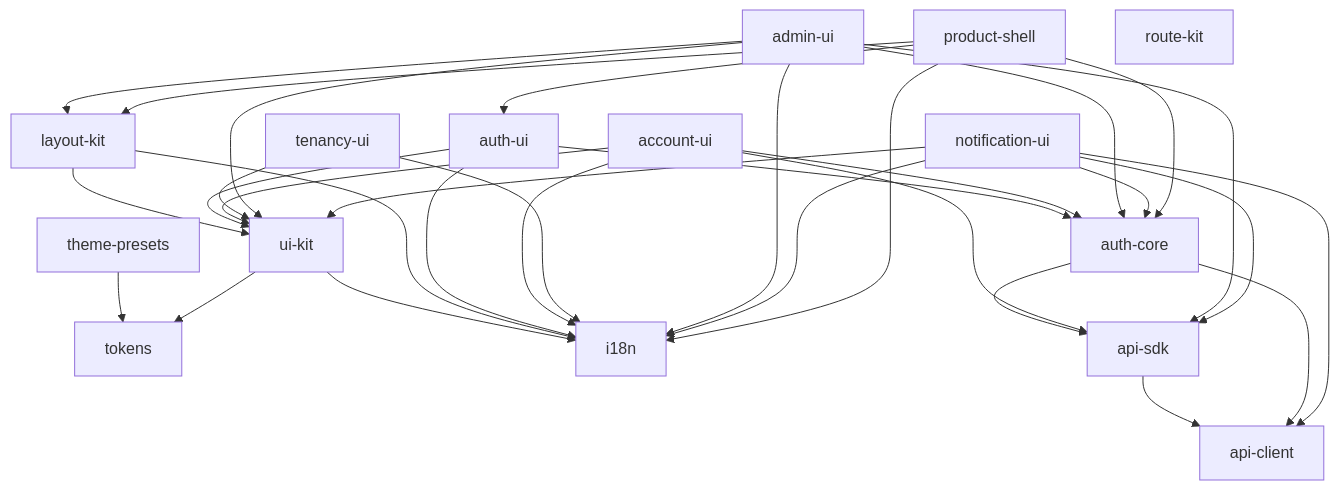
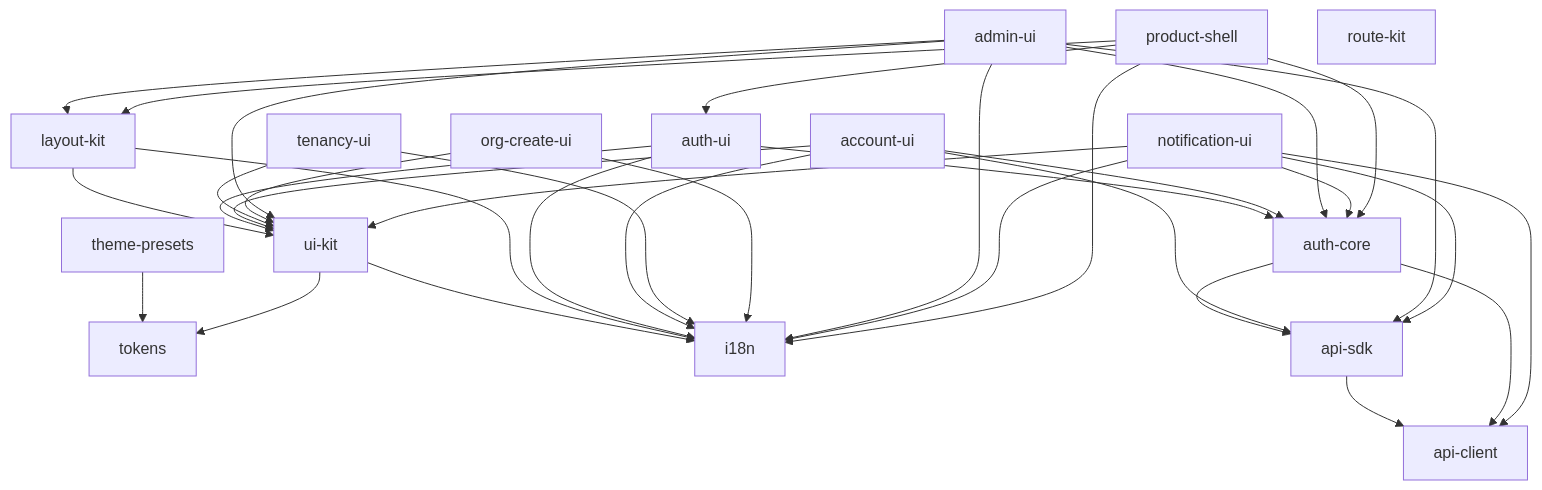
One commit to wangzw/speed changed the diagram in docs/design/modules/web/design-web.md. Above: the diagram before and after it, drawn with Mermaid. The commit also changed other lines of this file and 65 other files, not shown here.

First line of the commit message:
feat(org-create-ui): add the organization creation pages and entries

````diff
--- a/docs/design/modules/web/design-web.md
+++ b/docs/design/modules/web/design-web.md
@@ -183,38 +186,40 @@
 ```mermaid
 graph TD
     tokens
     theme-presets --> tokens
     i18n
     api-client
     ui-kit --> tokens
     ui-kit --> i18n
     layout-kit --> ui-kit
     layout-kit --> i18n
     api-sdk --> api-client
     auth-core --> api-sdk
     auth-core --> api-client
     auth-ui --> ui-kit
     auth-ui --> auth-core
     auth-ui --> i18n
     account-ui --> ui-kit
     account-ui --> auth-core
     account-ui --> i18n
     account-ui --> api-sdk
     tenancy-ui --> i18n
     tenancy-ui --> ui-kit
+    org-create-ui --> ui-kit
+    org-create-ui --> i18n
     admin-ui --> ui-kit
     admin-ui --> layout-kit
     admin-ui --> auth-core
     admin-ui --> api-sdk
     admin-ui --> i18n
     notification-ui --> ui-kit
     notification-ui --> i18n
     notification-ui --> auth-core
     notification-ui --> api-sdk
     notification-ui --> api-client
     product-shell --> layout-kit
     product-shell --> auth-ui
     product-shell --> auth-core
     product-shell --> i18n
     route-kit
 ```
````
